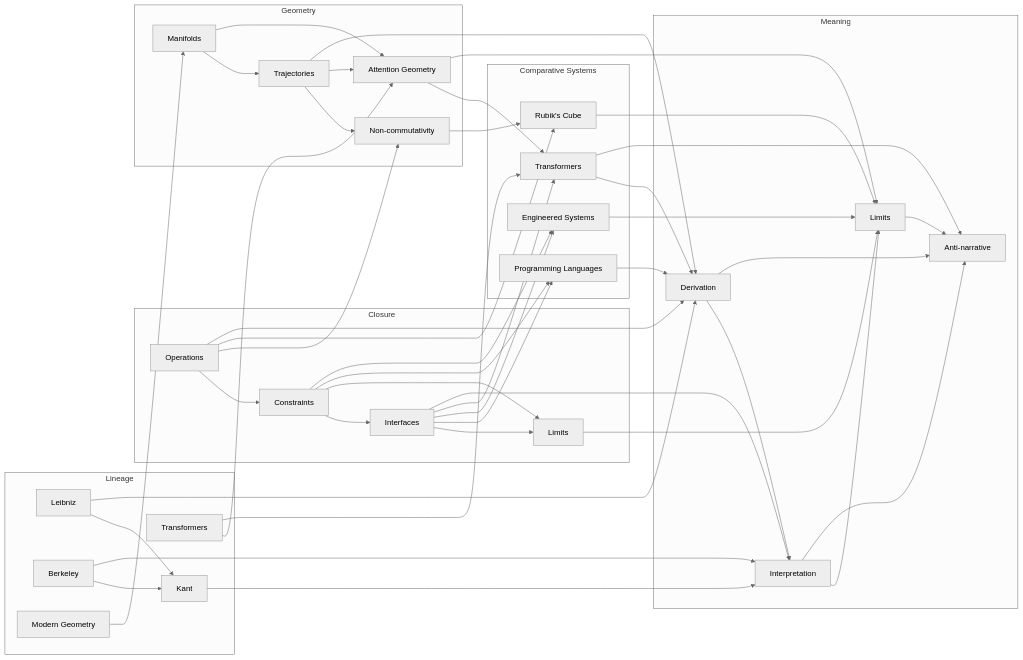
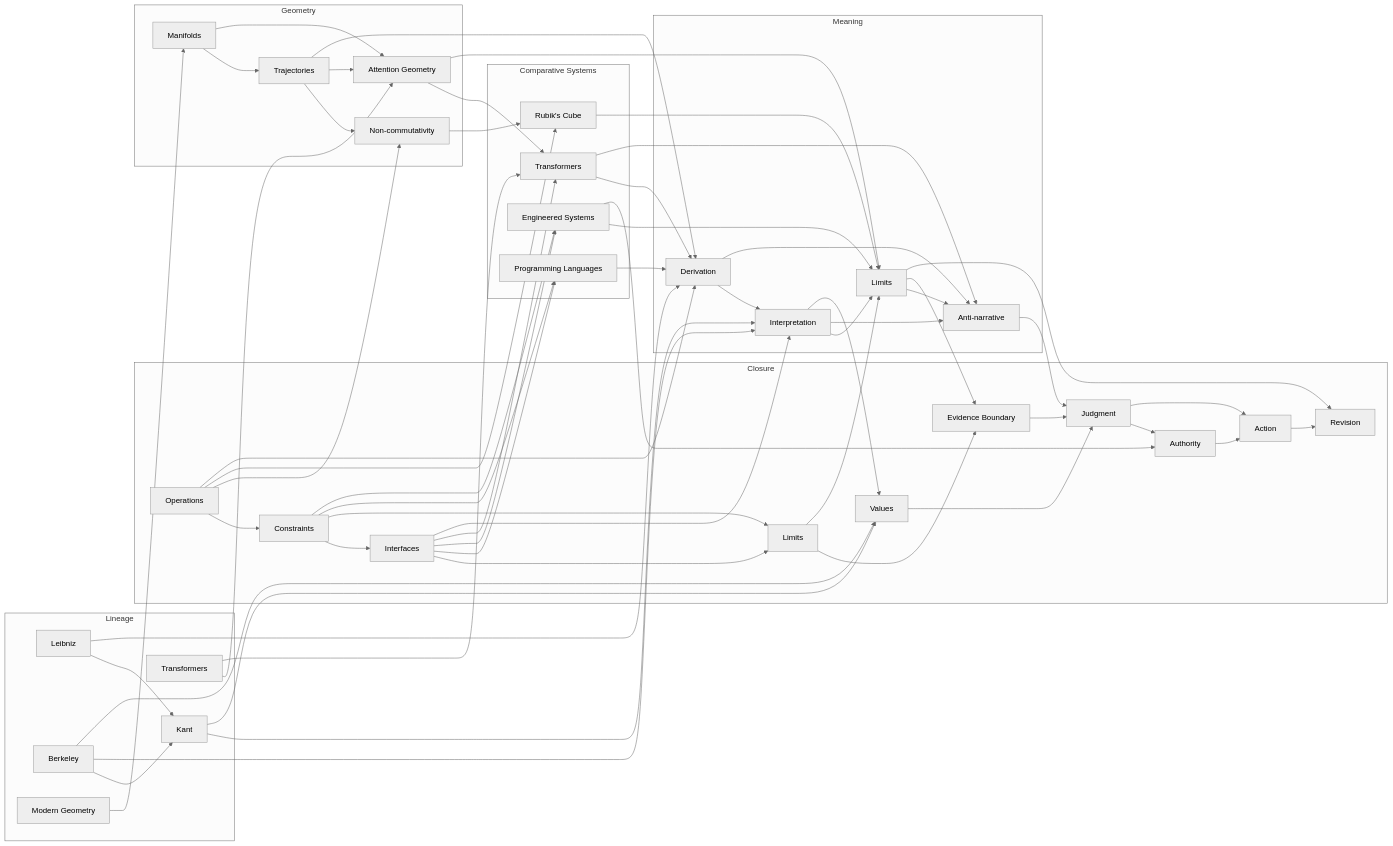
The diagram in book3/dependency_map.md (tjpools/embedding-geometry-lab), drawn with Mermaid (neutral theme) before and after one commit. The commit also changed other lines of this file and 20 other files, not shown here.

````diff
--- a/book3/dependency_map.md
+++ b/book3/dependency_map.md
@@ -9,59 +9,70 @@
 ```mermaid
 flowchart LR
     subgraph Lineage
         LL[Leibniz] --> LK[Kant]
         LB[Berkeley] --> LK
         LG[Modern Geometry]
         LT[Transformers]
     end
 
     subgraph Closure
         CO[Operations] --> CC[Constraints] --> CI[Interfaces] --> CL[Limits]
         CC --> CL
+        CL --> CB[Evidence Boundary]
+        CV[Values] --> CJ[Judgment] --> CA[Authority] --> CX[Action] --> RV[Revision]
+        CJ --> CX
     end
 
     subgraph Geometry
         GM[Manifolds] --> GT[Trajectories] --> GN[Non-commutativity]
         GM --> GA[Attention Geometry]
         GT --> GA
     end
 
     subgraph Cases[Comparative Systems]
         CR[Rubik's Cube]
         CP[Programming Languages]
         CE[Engineered Systems]
         CT[Transformers]
     end
 
     subgraph Meaning
         MD[Derivation] --> MI[Interpretation] --> ML[Limits] --> MA[Anti-narrative]
         MD --> MA
         MI --> MA
     end
 
     LG --> GM
     LT --> GA
     LT --> CT
     CO --> GN
     CO --> CR
     GN --> CR
     CC --> CP
     CI --> CP
     CC --> CE
     CI --> CE
     GA --> CT
     CI --> CT
     LL --> MD
     CO --> MD
     GT --> MD
     CP --> MD
     CT --> MD
     LB --> MI
     LK --> MI
     CI --> MI
     CL --> ML
     GA --> ML
     CE --> ML
     CR --> ML
     CT --> MA
+    LB --> CV
+    LK --> CV
+    MI --> CV
+    ML --> CB
+    CB --> CJ
+    MA --> CJ
+    CE --> CA
+    ML --> RV
 ```
````
